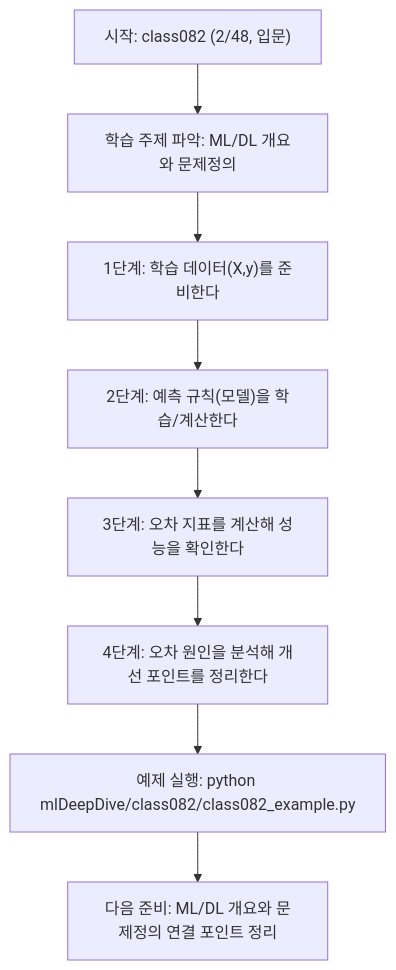
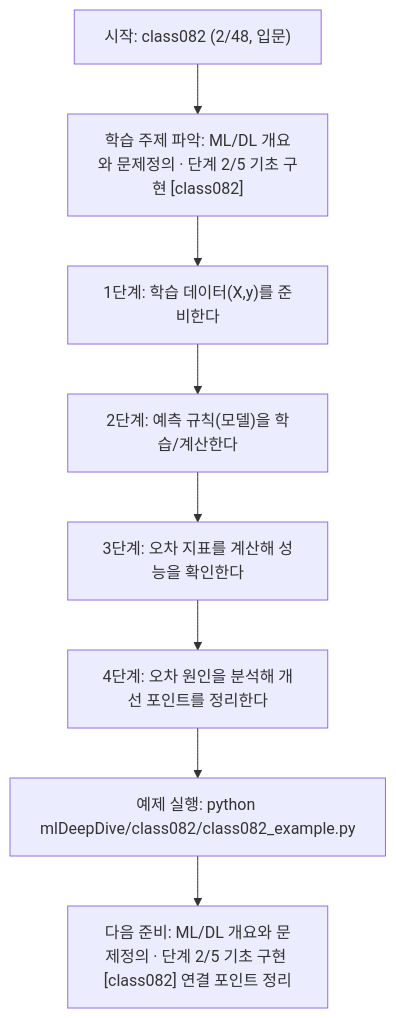
The diagram in mlDeepDive/class082/class082.md (edumgt/Python-AI_Agent-Class), drawn with Mermaid before and after one commit. The commit also changed other lines of this file and 522 other files, not shown here.

````diff
--- a/mlDeepDive/class082/class082.md
+++ b/mlDeepDive/class082/class082.md
@@ -110,18 +111,18 @@
 ```mermaid
 flowchart TD
 N1["시작: class082 (2/48, 입문)"]
-N2["학습 주제 파악: ML/DL 개요와 문제정의"]
+N2["학습 주제 파악: ML/DL 개요와 문제정의 · 단계 2/5 기초 구현 [class082]"]
 N3["1단계: 학습 데이터(X,y)를 준비한다"]
 N4["2단계: 예측 규칙(모델)을 학습/계산한다"]
 N5["3단계: 오차 지표를 계산해 성능을 확인한다"]
 N6["4단계: 오차 원인을 분석해 개선 포인트를 정리한다"]
 N7["예제 실행: python mlDeepDive/class082/class082_example.py"]
-N8["다음 준비: ML/DL 개요와 문제정의 연결 포인트 정리"]
+N8["다음 준비: ML/DL 개요와 문제정의 · 단계 2/5 기초 구현 [class082] 연결 포인트 정리"]
 N1 --> N2
 N2 --> N3
 N3 --> N4
 N4 --> N5
 N5 --> N6
 N6 --> N7
 N7 --> N8
 ```
````
